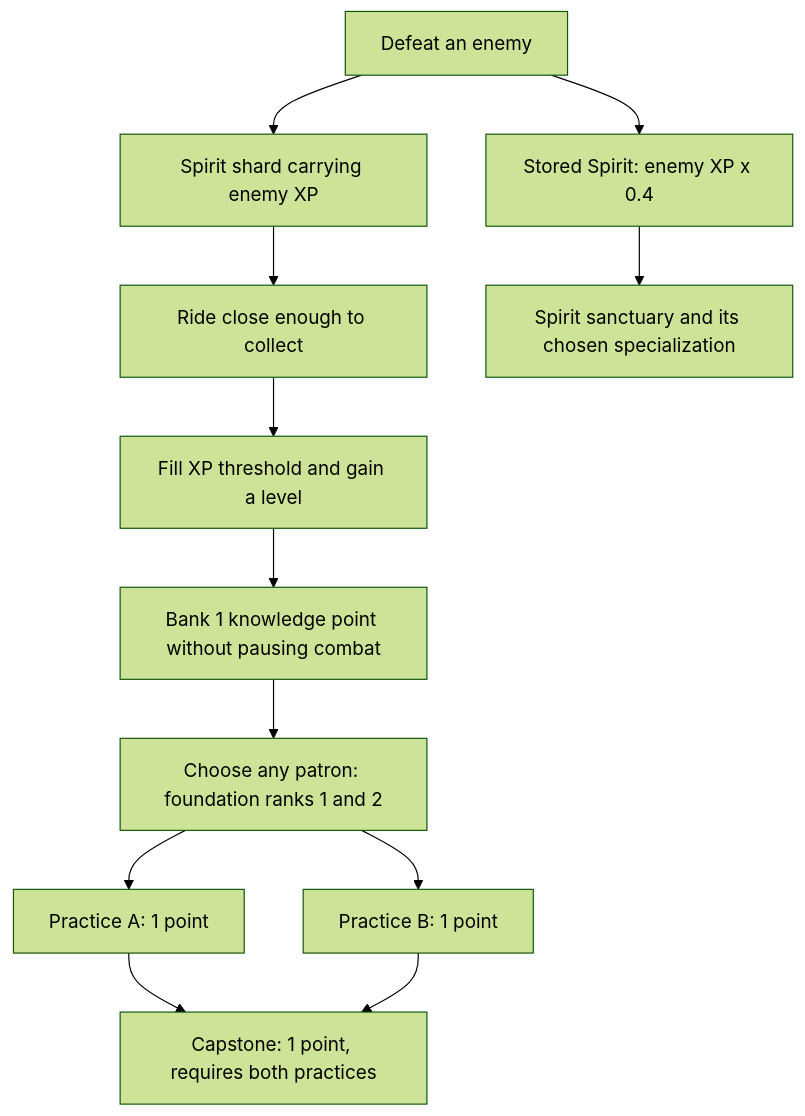
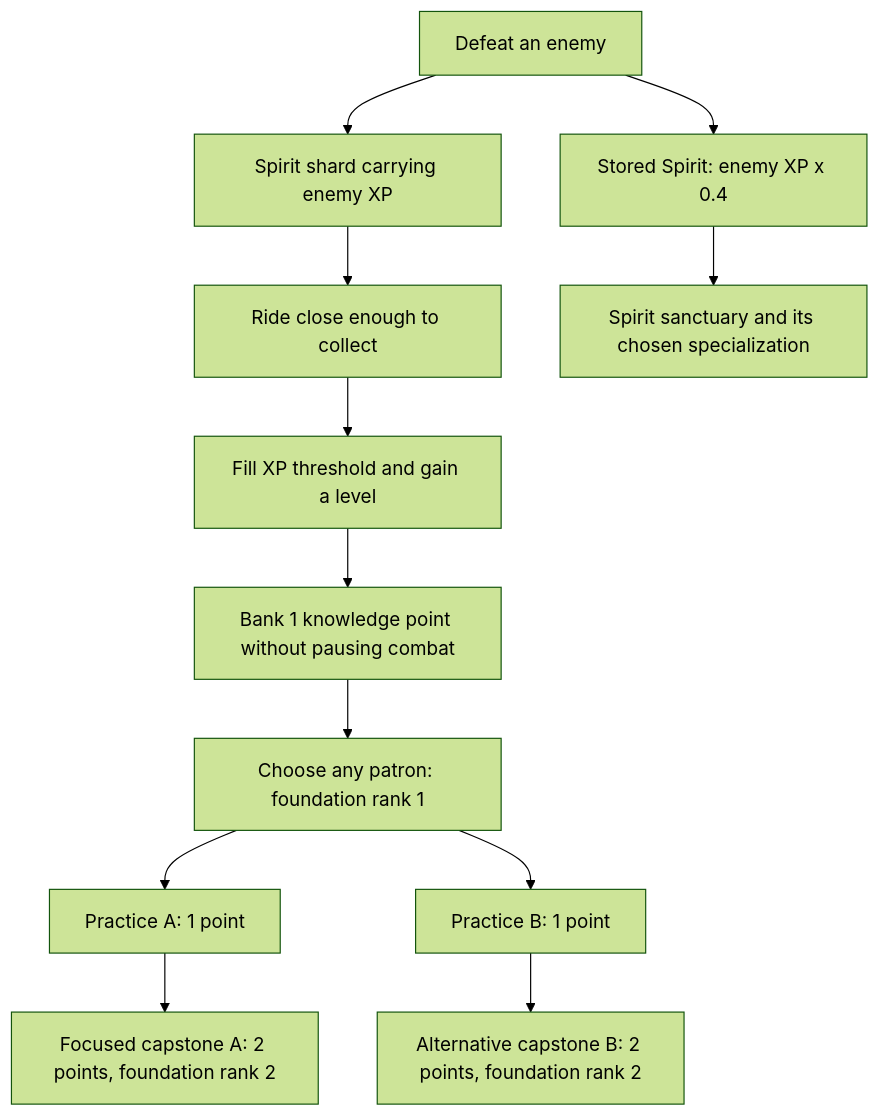
The first of 2 diagrams in docs/game-mechanics.md (llee05/hordes-of-the-fallen-sky), drawn with Mermaid (forest theme) before and after one commit. The commit also changed other lines of this file and 39 other files, not shown here.

````diff
--- a/docs/game-mechanics.md
+++ b/docs/game-mechanics.md
@@ -106,14 +106,14 @@
 ```mermaid
 flowchart TD
     Enemy[Defeat an enemy] --> Shard[Spirit shard carrying enemy XP]
     Enemy --> Spirit[Stored Spirit: enemy XP x 0.4]
     Shard --> Collect[Ride close enough to collect]
     Collect --> Level[Fill XP threshold and gain a level]
     Level --> Points[Bank 1 knowledge point without pausing combat]
-    Points --> Foundation[Choose any patron: foundation ranks 1 and 2]
+    Points --> Foundation[Choose any patron: foundation rank 1]
     Foundation --> A[Practice A: 1 point]
     Foundation --> B[Practice B: 1 point]
-    A --> Capstone[Capstone: 1 point, requires both practices]
-    B --> Capstone
+    A --> CapstoneA[Focused capstone A: 2 points, foundation rank 2]
+    B --> CapstoneB[Alternative capstone B: 2 points, foundation rank 2]
     Spirit --> Sanctuary[Spirit sanctuary and its chosen specialization]
 ```
````
